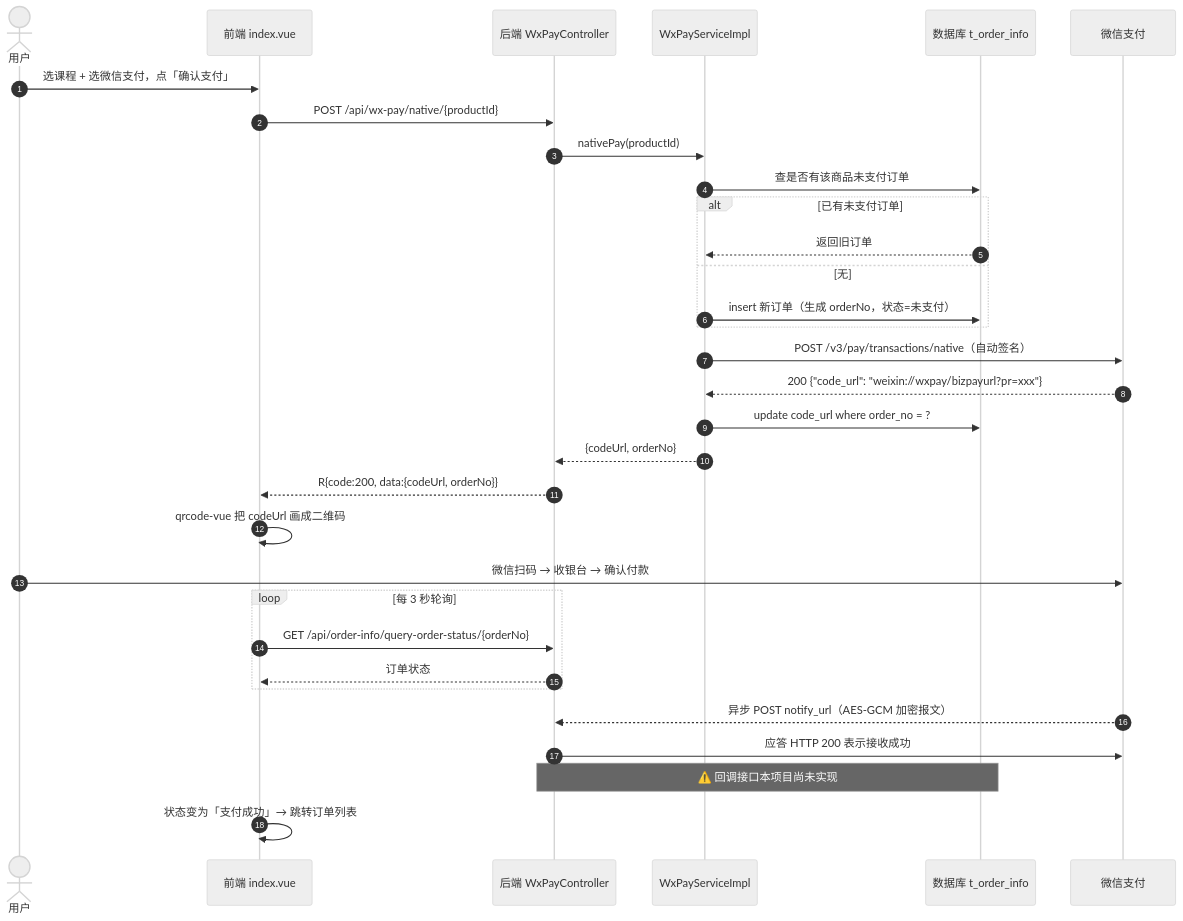
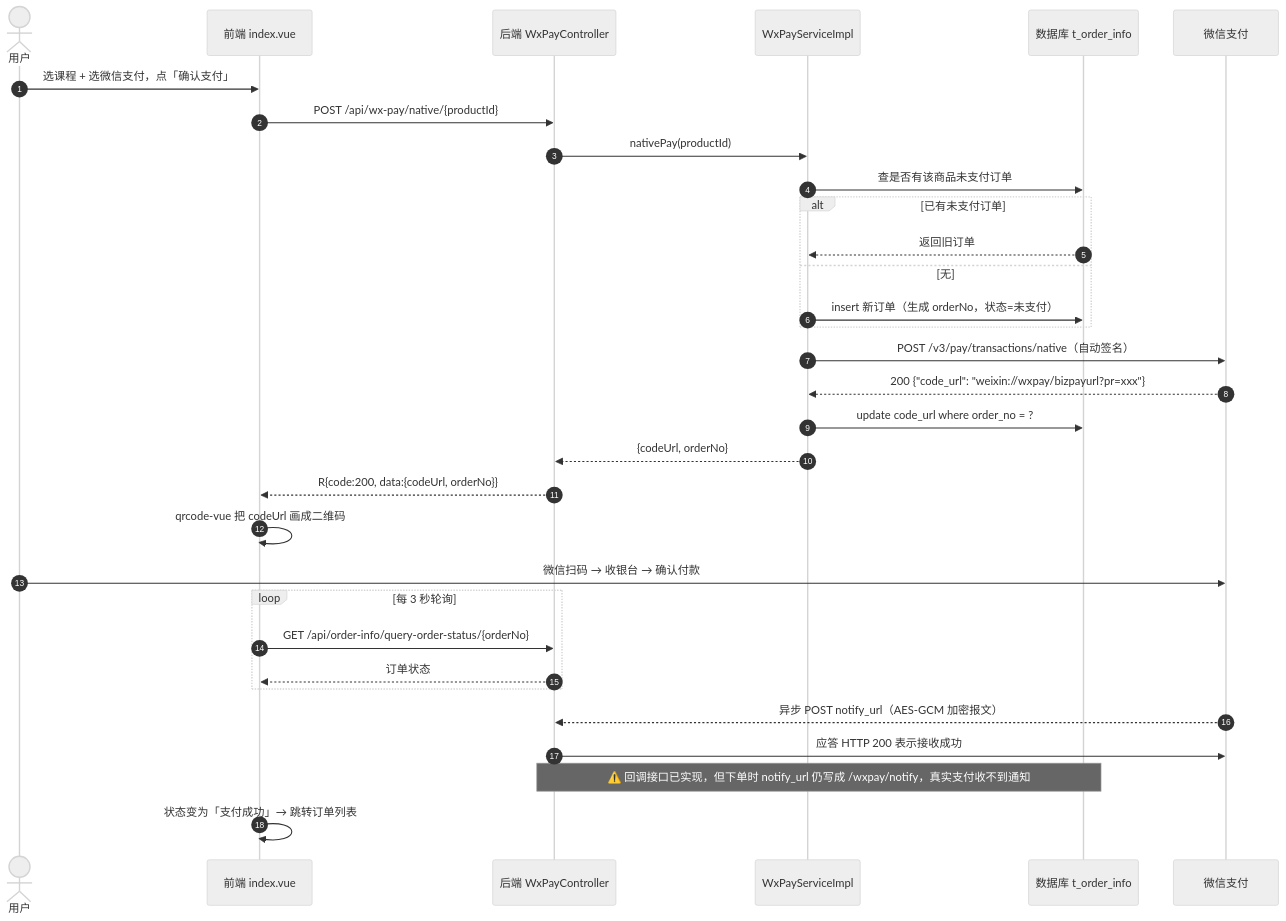
One commit to c0re-T/payment-wechat changed the diagram in README.md. Above: the diagram before and after it, drawn with Mermaid (neutral theme). The commit also changed other lines of this file, not shown here.

````diff
--- a/README.md
+++ b/README.md
@@ -299,38 +300,38 @@
 ```mermaid
 sequenceDiagram
     autonumber
     actor U as 用户
     participant F as 前端 index.vue
     participant B as 后端 WxPayController
     participant S as WxPayServiceImpl
     participant D as 数据库 t_order_info
     participant W as 微信支付
 
     U->>F: 选课程 + 选微信支付，点「确认支付」
     F->>B: POST /api/wx-pay/native/{productId}
     B->>S: nativePay(productId)
     S->>D: 查是否有该商品未支付订单
     alt 已有未支付订单
         D-->>S: 返回旧订单
     else 无
         S->>D: insert 新订单（生成 orderNo，状态=未支付）
     end
     S->>W: POST /v3/pay/transactions/native（自动签名）
     W-->>S: 200 {"code_url": "weixin://wxpay/bizpayurl?pr=xxx"}
     S->>D: update code_url where order_no = ?
     S-->>B: {codeUrl, orderNo}
     B-->>F: R{code:200, data:{codeUrl, orderNo}}
     F->>F: qrcode-vue 把 codeUrl 画成二维码
     U->>W: 微信扫码 → 收银台 → 确认付款
 
     loop 每 3 秒轮询
         F->>B: GET /api/order-info/query-order-status/{orderNo}
         B-->>F: 订单状态
     end
 
     W-->>B: 异步 POST notify_url（AES-GCM 加密报文）
     B->>W: 应答 HTTP 200 表示接收成功
-    Note over B,D: ⚠️ 回调接口本项目尚未实现
+    Note over B,D: ⚠️ 回调接口已实现，但下单时 notify_url 仍写成 /wxpay/notify，真实支付收不到通知
 
     F->>F: 状态变为「支付成功」→ 跳转订单列表
 ```
````
